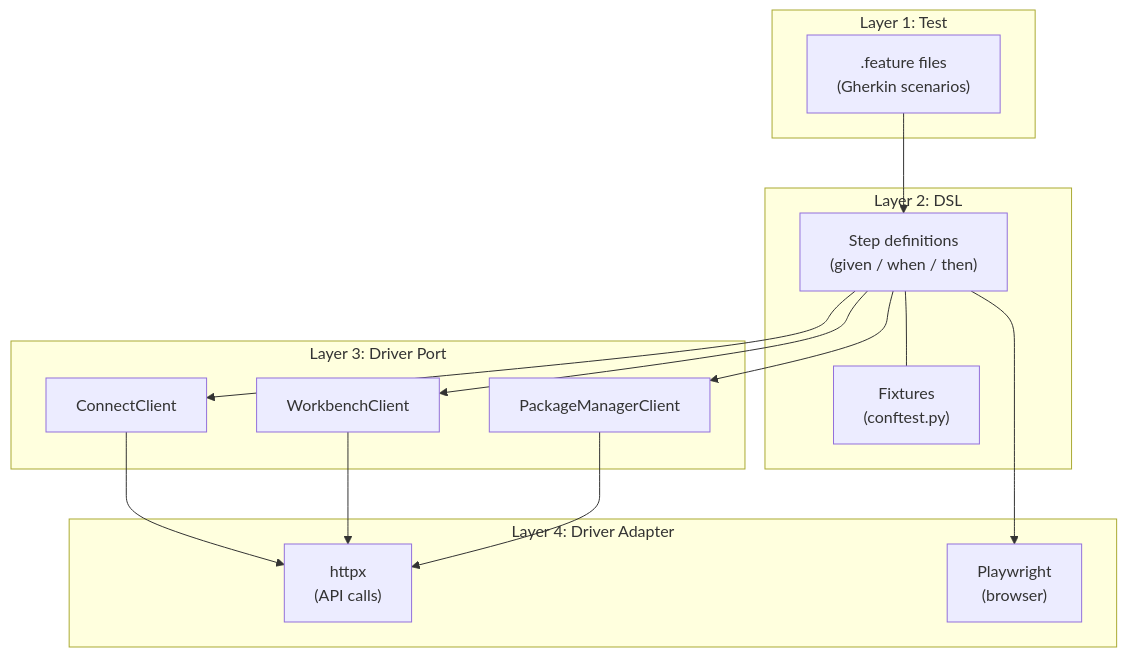
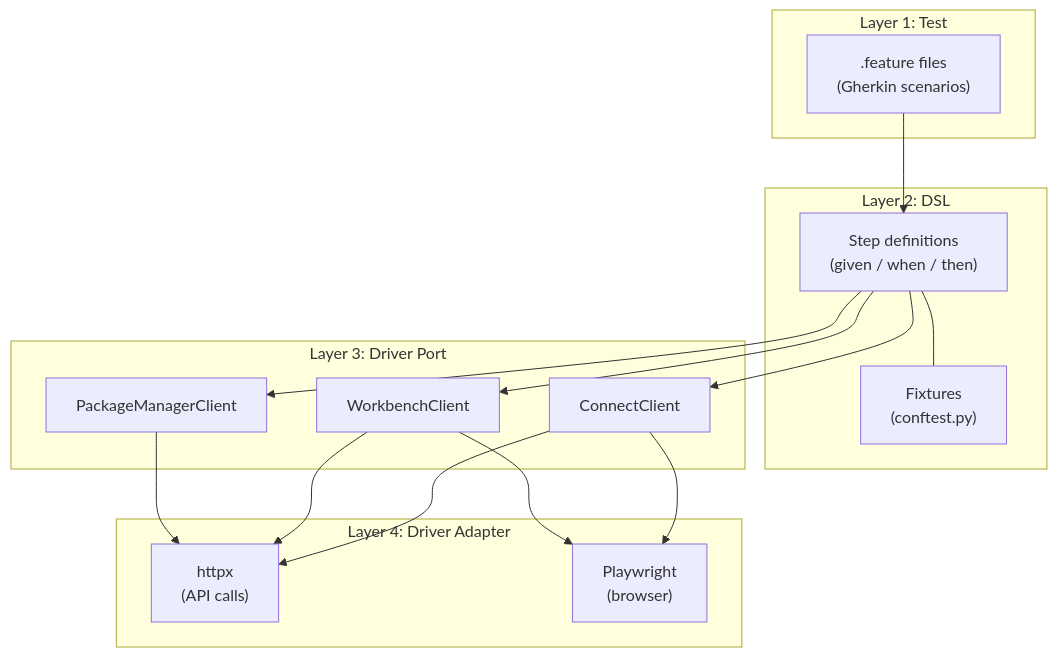
Before and after one commit to posit-dev/vip: the diagram in docs/test-architecture.md, drawn with Mermaid.

Commit message:
fix(docs): route playwright through driver ports in mermaid diagram
Layer 2 (DSL) should not connect directly to Playwright. The UI
adapter sits behind the Layer 3 driver ports, same as httpx.

https://claude.ai/code/session_01R8tNiukXdAgnxquccAGoXg

````diff
--- a/docs/test-architecture.md
+++ b/docs/test-architecture.md
@@ -14,32 +14,33 @@
 ```mermaid
 graph TD
     subgraph "Layer 1: Test"
         F[".feature files<br/>(Gherkin scenarios)"]
     end
 
     subgraph "Layer 2: DSL"
         S["Step definitions<br/>(given / when / then)"]
         FX["Fixtures<br/>(conftest.py)"]
         S --- FX
     end
 
     subgraph "Layer 3: Driver Port"
         CC["ConnectClient"]
         WC["WorkbenchClient"]
         PC["PackageManagerClient"]
     end
 
     subgraph "Layer 4: Driver Adapter"
         API["httpx<br/>(API calls)"]
         UI["Playwright<br/>(browser)"]
     end
 
     F --> S
     S --> CC
     S --> WC
     S --> PC
     CC --> API
+    CC --> UI
     WC --> API
+    WC --> UI
     PC --> API
-    S --> UI
 ```
````
